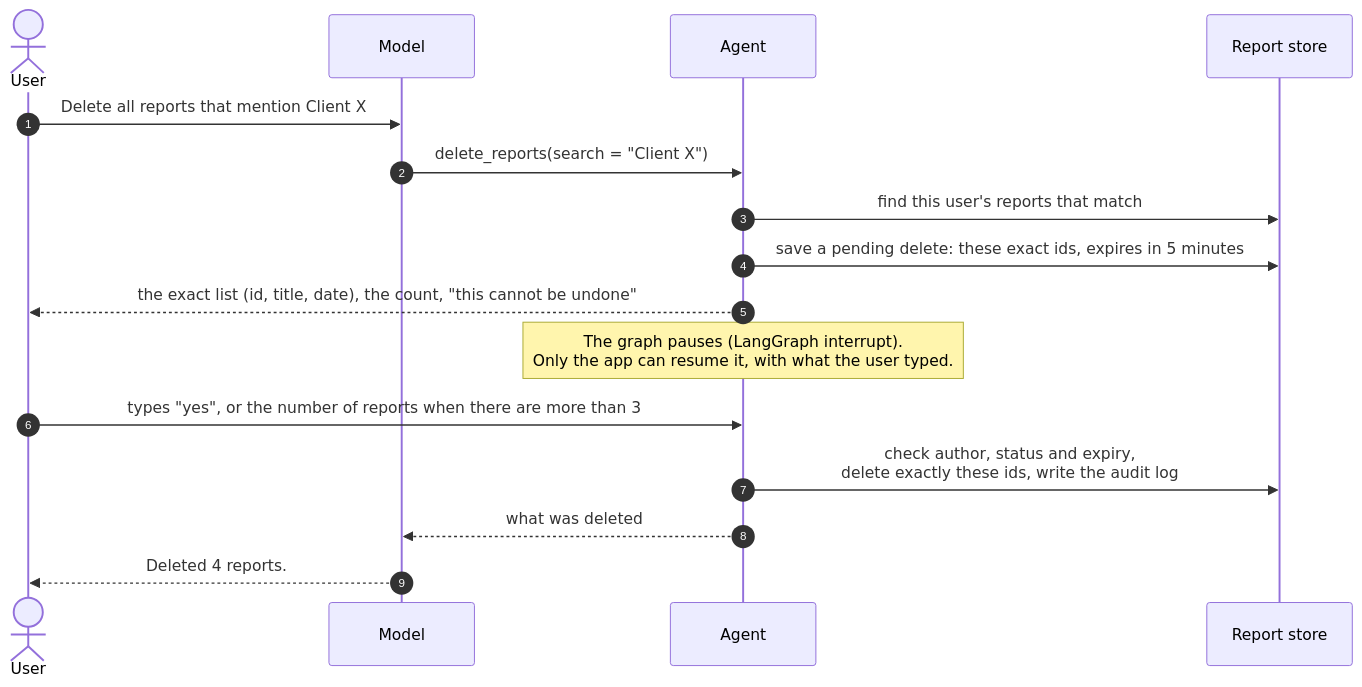
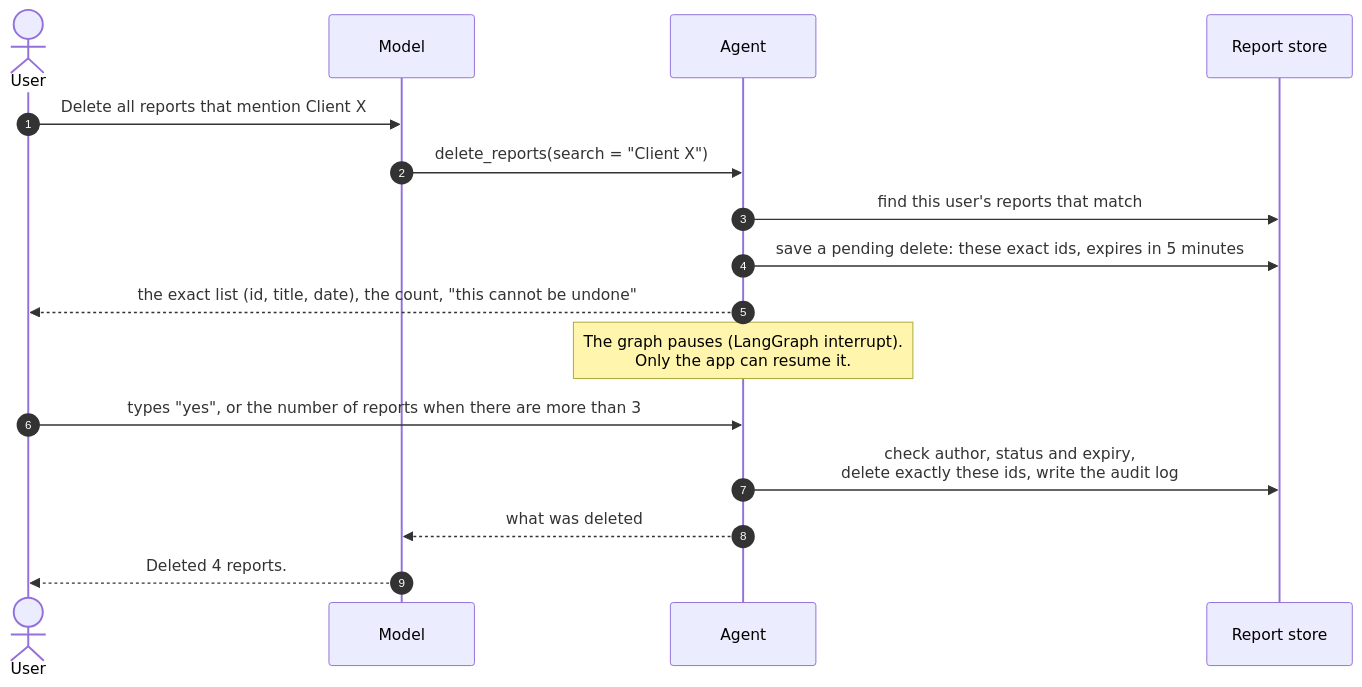
The fourth of 4 diagrams in docs/ARCHITECTURE.md (roman-s8o/da-assistant), drawn with Mermaid before and after one commit. The commit also changed other lines of this file, not shown here.

Commit message:
Write the high-level design in ARCHITECTURE.md

````diff
--- a/docs/ARCHITECTURE.md
+++ b/docs/ARCHITECTURE.md
@@ -453,18 +277,18 @@
 ```mermaid
 sequenceDiagram
     autonumber
     actor U as User
     participant M as Model
     participant A as Agent
     participant DB as Report store
     U->>M: Delete all reports that mention Client X
     M->>A: delete_reports(search = "Client X")
     A->>DB: find this user's reports that match
     A->>DB: save a pending delete: these exact ids, expires in 5 minutes
     A-->>U: the exact list (id, title, date), the count, "this cannot be undone"
-    Note over A: The graph pauses (LangGraph interrupt).<br/>Only the app can resume it, with what the user typed.
+    Note over A: The graph pauses (LangGraph interrupt).<br/>Only the app can resume it.
     U->>A: types "yes", or the number of reports when there are more than 3
     A->>DB: check author, status and expiry,<br/>delete exactly these ids, write the audit log
     A-->>M: what was deleted
     M-->>U: Deleted 4 reports.
 ```
````
